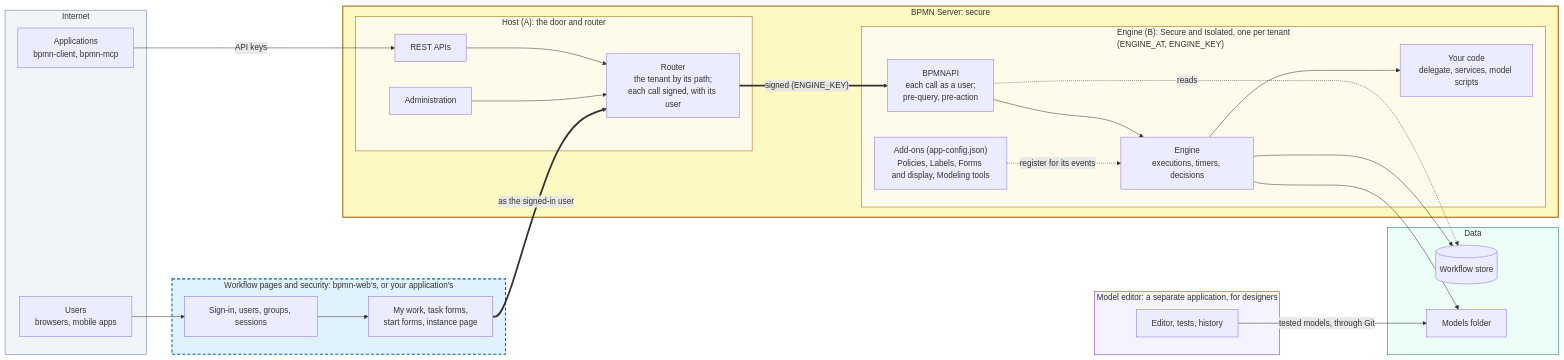
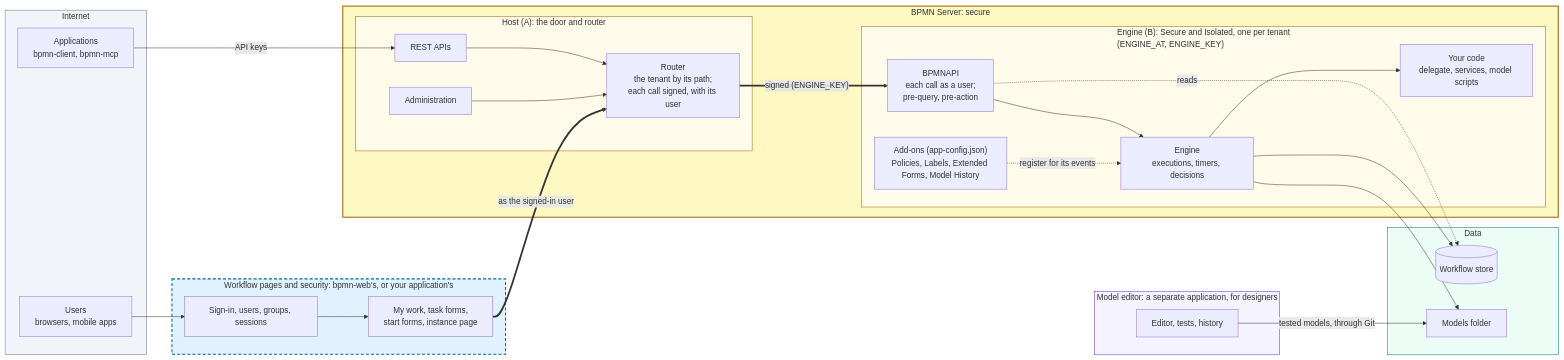
The first of 4 diagrams in docs/docs/architecture.md (bpmnServer/bpmn-server), drawn with Mermaid before and after one commit. The commit also changed other lines of this file and 83 other files, not shown here.

First line of the commit message:
Add-ons: Model Options, AI Agents, the card redesign; AI in the menu; a summary case page

````diff
--- a/docs/docs/architecture.md
+++ b/docs/docs/architecture.md
@@ -72,63 +72,63 @@
 ```mermaid
 flowchart LR
   subgraph Internet["Internet"]
     People["Users<br/>browsers, mobile apps"]
     Others["Applications<br/>bpmn-client, bpmn-mcp"]
   end
 
   subgraph UIZone["Workflow pages and security: bpmn-web's, or your application's"]
     Sec["Sign-in, users, groups, sessions"]
     Pages["My work, task forms,<br/>start forms, instance page"]
     Sec --> Pages
   end
 
   subgraph Core["BPMN Server: secure"]
     subgraph HostZone["Host (A): the door and router"]
       REST["REST APIs"]
       Admin["Administration"]
       Router["Router<br/>the tenant by its path;<br/>each call signed, with its user"]
       REST --> Router
       Admin --> Router
     end
     subgraph EngineZone["Engine (B): Secure and Isolated, one per tenant <br/>(ENGINE_AT, ENGINE_KEY)"]
       API["BPMNAPI<br/>each call as a user;<br/>pre-query, pre-action"]
       Engine["Engine<br/>executions, timers, decisions"]
       Code["Your code<br/>delegate, services, model scripts"]
-      AddOns["Add-ons (app-config.json)<br/>Policies, Labels, Forms and display, Modeling tools"]
+      AddOns["Add-ons (app-config.json)<br/>Policies, Labels, Extended Forms, Model History"]
       API --> Engine
       Engine --> Code
       AddOns -. "register for its events" .-> Engine
     end
   end
 
   subgraph DataZone["Data"]
     Store[("Workflow store")]
     Models["Models folder"]
   end
 
   subgraph EditorZone["Model editor: a separate application, for designers"]
     Editor["Editor, tests, history"]
   end
 
   People --> Sec
   Others -- "API keys" --> REST
   Pages == "as the signed-in user" ==> Router
   Router == "signed (ENGINE_KEY)" ==> API
   API -. "reads" .-> Store
   Engine --> Store
   Engine --> Models
   Editor -- "tested models, through Git" --> Models
 
   classDef outside fill:#f1f5f9,stroke:#64748b,stroke-width:1px
   classDef replace fill:#e0f2fe,stroke:#0369a1,stroke-width:2px,stroke-dasharray:6 4
   classDef private fill:#fef9c3,stroke:#a16207,stroke-width:2px
   classDef inner fill:#fffbeb,stroke:#a16207,stroke-width:1px
   classDef data fill:#ecfdf5,stroke:#047857,stroke-width:1px
   classDef design fill:#f5f3ff,stroke:#6d28d9,stroke-width:1px
   class Internet outside
   class UIZone replace
   class Core private
   class HostZone,EngineZone inner
   class DataZone data
   class EditorZone design
 ```
````
